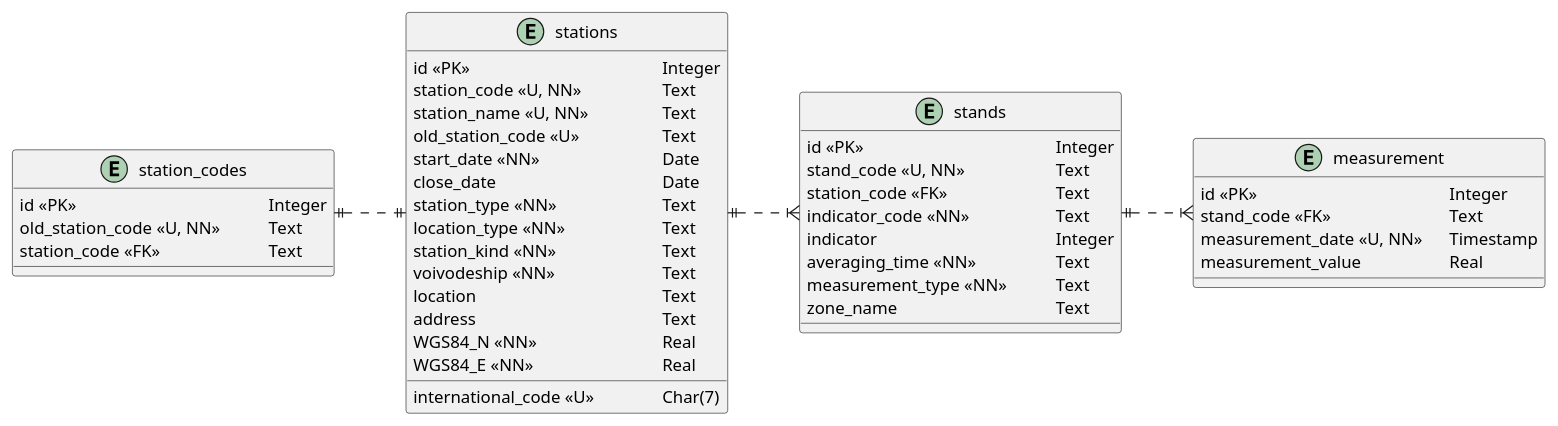
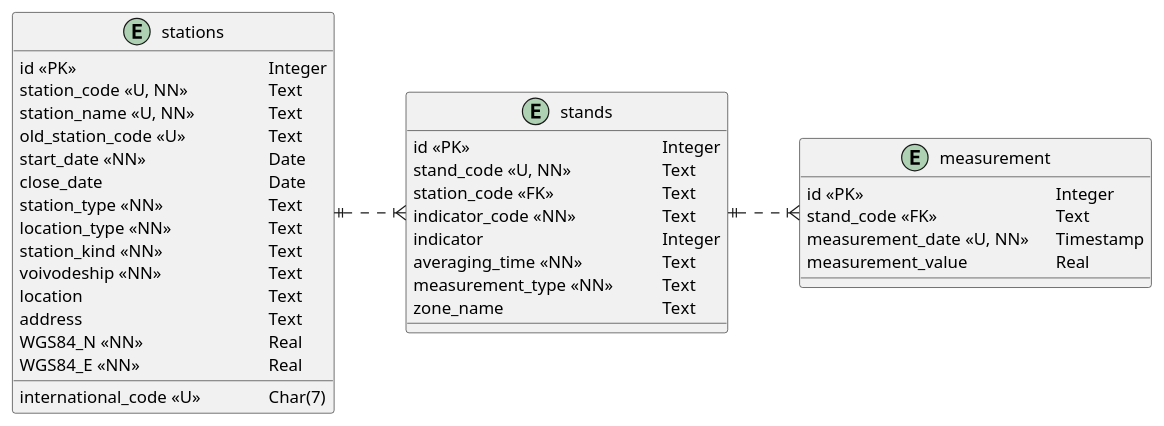
Before and after one commit to centrumek/air-statistic-app: the seventh of 7 diagrams in README.md, drawn with PlantUML. The commit also changed other lines of this file, not shown here.

Commit message:
7 - Prepare use case diagrams

````diff
--- a/README.md
+++ b/README.md
@@ -46,50 +203,43 @@
 ```puml
 left to right direction
-
-entity "station_codes" as e1 {
-    id <<PK>> \t\t\t\t\t\t Integer
-    old_station_code <<U, NN>> \t\t Text
-    station_code <<FK>> \t\t\t Text
-}
 
 entity "stations" as e2 {
     id <<PK>> \t\t\t\t\t\t Integer
     station_code <<U, NN>> \t\t\t Text
     international_code <<U>> \t\t Char(7)
     station_name <<U, NN>> \t\t Text
     old_station_code <<U>> \t\t\t Text
     start_date <<NN>> \t\t\t\t Date
     close_date \t\t\t\t\t Date
     station_type <<NN>> \t\t\t Text
     location_type <<NN>> \t\t\t Text
     station_kind <<NN>> \t\t\t Text
     voivodeship <<NN>> \t\t\t Text
     location \t\t\t\t\t\t Text
     address \t\t\t\t\t\t Text
     WGS84_N <<NN>> \t\t\t\t Real
     WGS84_E <<NN>> \t\t\t\t Real
 }
 
 entity "stands" as e3 {
     id <<PK>> \t\t\t\t\t\t Integer
     stand_code <<U, NN>> \t\t\t Text
     station_code <<FK>> \t\t\t Text
     indicator_code <<NN>> \t\t\t Text
     indicator \t\t\t\t\t Integer
     averaging_time <<NN>> \t\t\t Text
     measurement_type <<NN>> \t\t Text
     zone_name \t\t\t\t\t Text
 }
 
 entity "measurement" as e4 {
     id <<PK>> \t\t\t\t\t\t Integer
     stand_code <<FK>> \t\t\t\t Text
     measurement_date <<U, NN>> \t Timestamp
     measurement_value \t\t\t Real
 }
 
-e1 ||..|| e2
 e2 ||..|{ e3
 e3 ||..|{ e4
 
 ```
````
